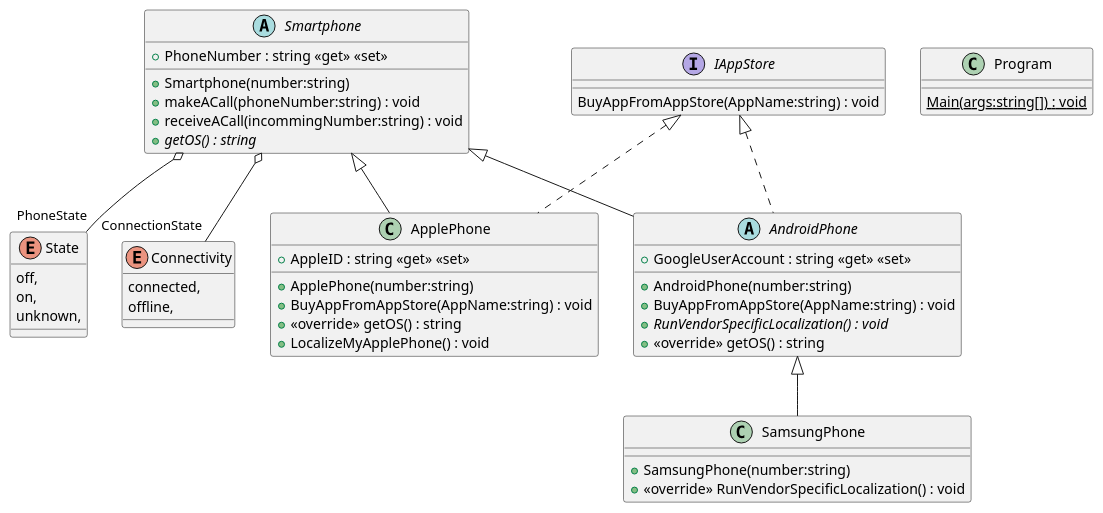
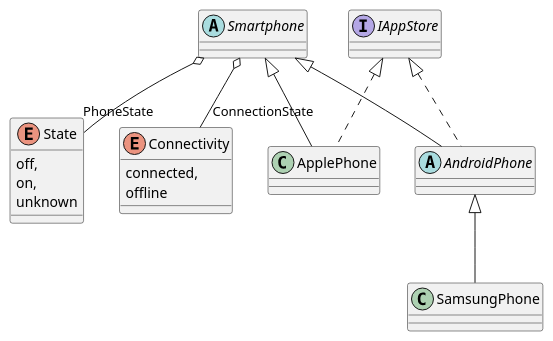
One commit to galinarudollf/Aufgabe04_2020 changed the diagram in Aufgabe_3/mainEdit.puml. Above: the diagram before and after it, drawn with PlantUML.

Commit message:
aendert puml-file

```diff
--- a/Aufgabe_3/mainEdit.puml
+++ b/Aufgabe_3/mainEdit.puml
@@ -1,49 +1,29 @@
 @startuml
 enum State {
     off,
     on,
-    unknown,
+    unknown
 }
 enum Connectivity {
     connected,
-    offline,
+    offline
 }
 abstract class Smartphone {
-    + PhoneNumber : string <<get>> <<set>>
-    + Smartphone(number:string)
-    + makeACall(phoneNumber:string) : void
-    + receiveACall(incommingNumber:string) : void
-    + {abstract} getOS() : string
 }
 interface IAppStore {
-    BuyAppFromAppStore(AppName:string) : void
 }
 class ApplePhone {
-    + AppleID : string <<get>> <<set>>
-    + ApplePhone(number:string)
-    + BuyAppFromAppStore(AppName:string) : void
-    + <<override>> getOS() : string
-    + LocalizeMyApplePhone() : void
 }
 abstract class AndroidPhone {
-    + GoogleUserAccount : string <<get>> <<set>>
-    + AndroidPhone(number:string)
-    + BuyAppFromAppStore(AppName:string) : void
-    + {abstract} RunVendorSpecificLocalization() : void
-    + <<override>> getOS() : string
 }
 class SamsungPhone {
-    + SamsungPhone(number:string)
-    + <<override>> RunVendorSpecificLocalization() : void
 }
-class Program {
-    {static} Main(args:string[]) : void
-}
+
 Smartphone o-- "PhoneState" State
 Smartphone o-- "ConnectionState" Connectivity
 Smartphone <|-- ApplePhone
 IAppStore <|.. ApplePhone
 Smartphone <|-- AndroidPhone
 IAppStore <|.. AndroidPhone
 AndroidPhone <|-- SamsungPhone
 @enduml
```
